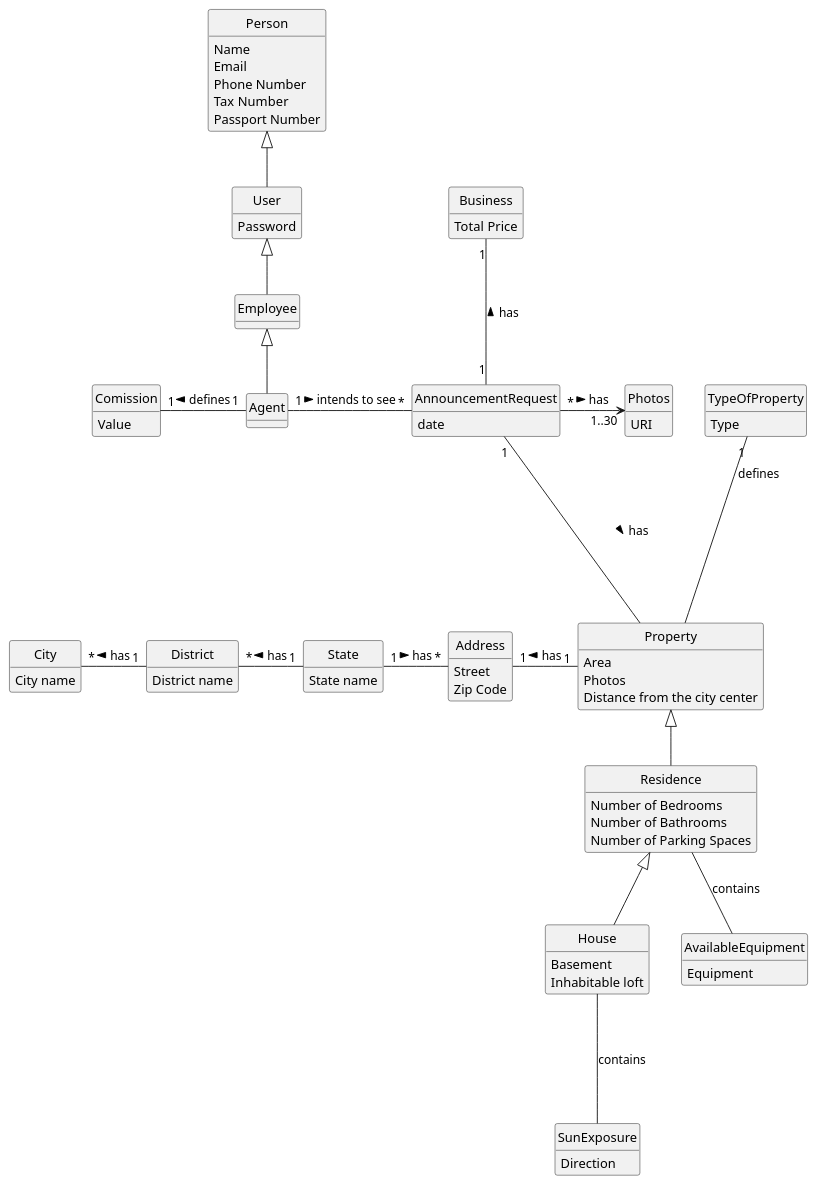
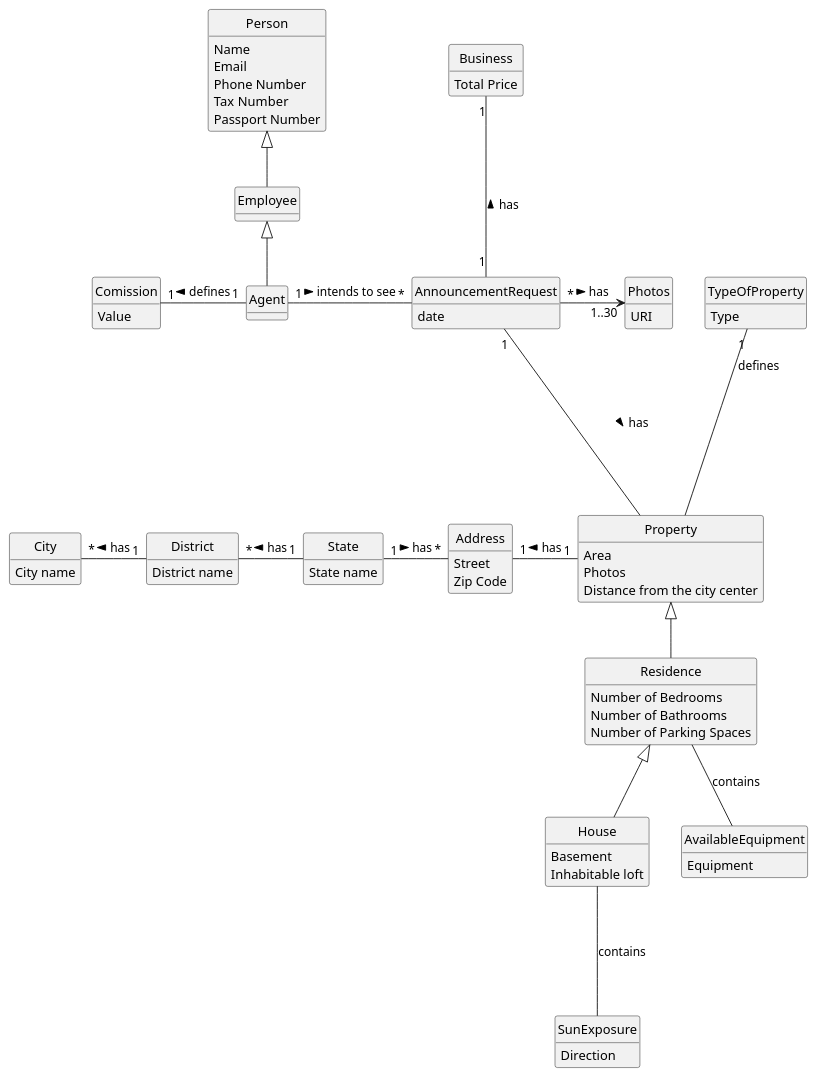
Before and after one commit to PureNimble/ISEP-LAPR2: the diagram in docs/sprintC/US08/02.analysis/puml/us08-domain-model.puml, drawn with PlantUML. The commit also changed 3 other files, not shown here.

Commit message:
US08-Changing PublishAnnouncementRequestUI and the domain model SSD and Class Diagram

```diff
--- a/docs/sprintC/US08/02.analysis/puml/us08-domain-model.puml
+++ b/docs/sprintC/US08/02.analysis/puml/us08-domain-model.puml
@@ -1,118 +1,113 @@
 @startuml
 
 skinparam groupInheritance 2
 skinparam monochrome true
 skinparam packageStyle rectangle
 skinparam shadowing false
 skinparam classAttributeIconSize 0
 hide circle
 hide methods
 
 class Employee{
 }
 
 class Person{
 Name
 Email
 Phone Number
 Tax Number
 Passport Number
 }
 
-
-class User{
-Password
-}
 
 class Agent{
 }
 
 class AnnouncementRequest{
 date
 }
 
 
 class Residence {
     Number of Bedrooms
     Number of Bathrooms
     Number of Parking Spaces
 }
 
 class Property {
     Area
     Photos
     Distance from the city center
 }
 
 class TypeOfProperty{
     Type
 }
 
 class Photos {
     URI
 }
 
 class House {
     Basement
     Inhabitable loft
 }
 
 class SunExposure {
     Direction
 }
 
 class AvailableEquipment {
     Equipment
 }
 
 class City {
     City name
 }
 
 class District {
     District name
 }
 
 class State {
     State name
 }
 
 class Address {
     Street
     Zip Code
 }
 
 class Business {
     Total Price
 }
 
 class Comission {
     Value
 }
 
 
 
-Person <|-- User
-User <|-- Employee
+Person <|-- Employee
 Employee <|--Agent
 
 Agent "1" - "*" AnnouncementRequest:intends to see >
 
 AnnouncementRequest "1" -- Property: has >
 TypeOfProperty "1" -- Property:defines\n\n\n\n\n\n\n
 Property <|-- Residence
 Residence <|-- House
 AnnouncementRequest "*" -> "1..30" Photos: has >
 Residence -- AvailableEquipment : contains
 House --- SunExposure:contains
 
 Address "1" -right-- "1" Property: has <
 State "1" -left-- "*" District: has >
 District "1" -left-- "*" City: has >
 Address "*" -left-- "1" State: has <
 
 Business "1" --- "1" AnnouncementRequest: has <
 
 Agent "1" -left "1" Comission: defines >
 
 @enduml
```
